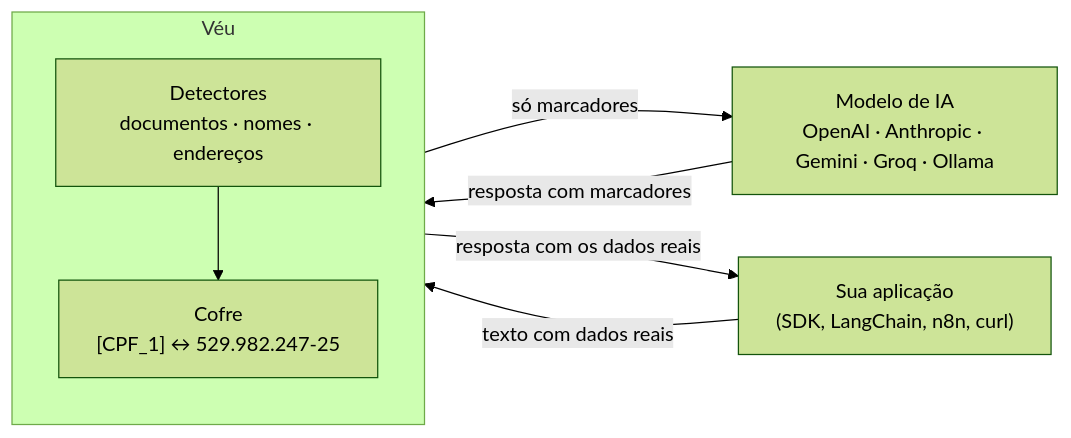
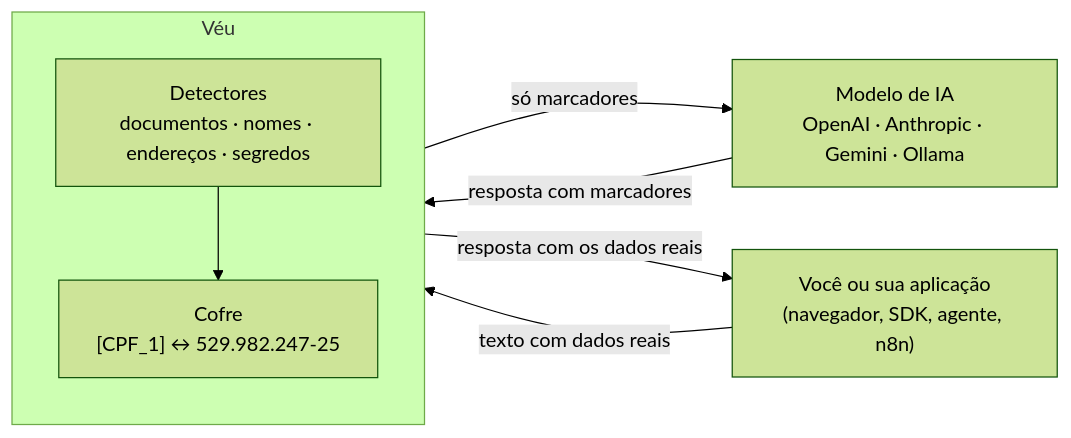
Before and after one commit to guhttps/veu: the diagram in README.md, drawn with Mermaid (forest theme). The commit also changed other lines of this file and 10 other files, not shown here.

````diff
--- a/README.md
+++ b/README.md
@@ -43,10 +98,10 @@
 ```mermaid
 flowchart LR
-    A["Sua aplicação<br/>(SDK, LangChain, n8n, curl)"] -->|texto com dados reais| V
+    A["Você ou sua aplicação<br/>(navegador, SDK, agente, n8n)"] -->|texto com dados reais| V
     subgraph V["Véu"]
-        D["Detectores<br/>documentos · nomes · endereços"] --> C["Cofre<br/>[CPF_1] ↔ 529.982.247-25"]
+        D["Detectores<br/>documentos · nomes · endereços · segredos"] --> C["Cofre<br/>[CPF_1] ↔ 529.982.247-25"]
     end
-    V -->|só marcadores| L["Modelo de IA<br/>OpenAI · Anthropic · Gemini · Groq · Ollama"]
+    V -->|só marcadores| L["Modelo de IA<br/>OpenAI · Anthropic · Gemini · Ollama"]
     L -->|resposta com marcadores| V
     V -->|resposta com os dados reais| A
 ```
````
